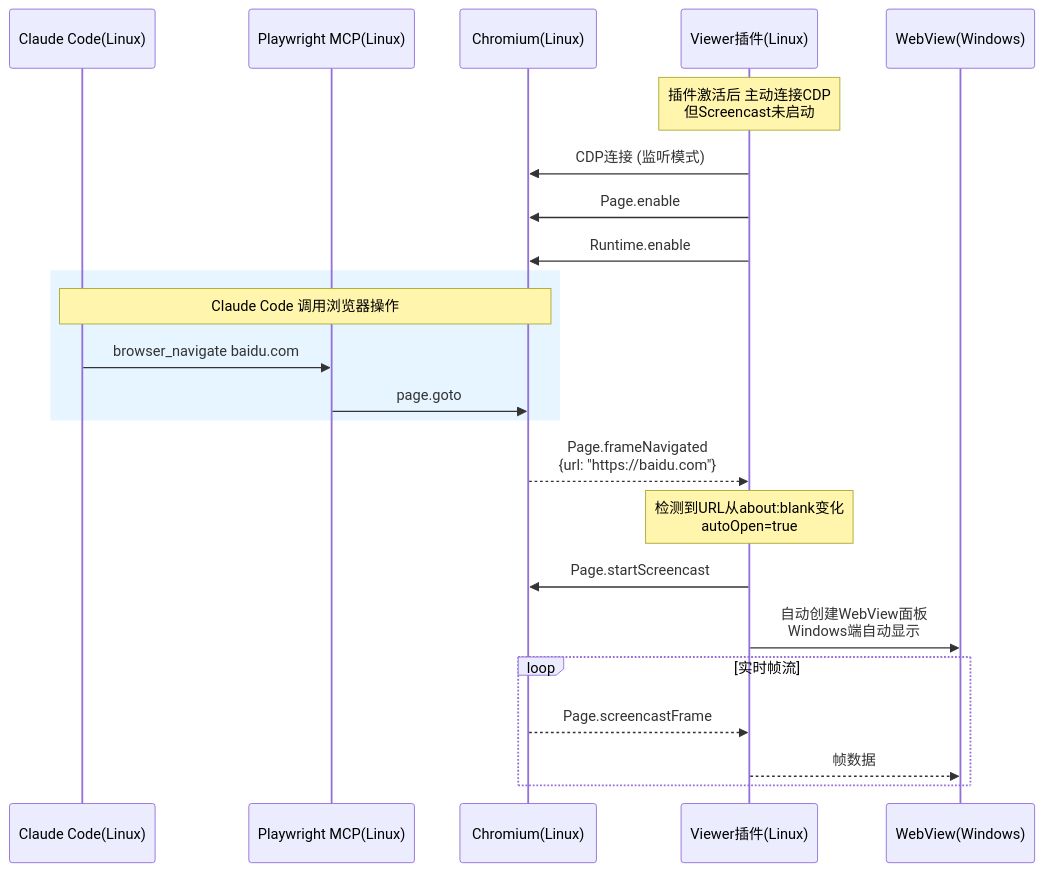
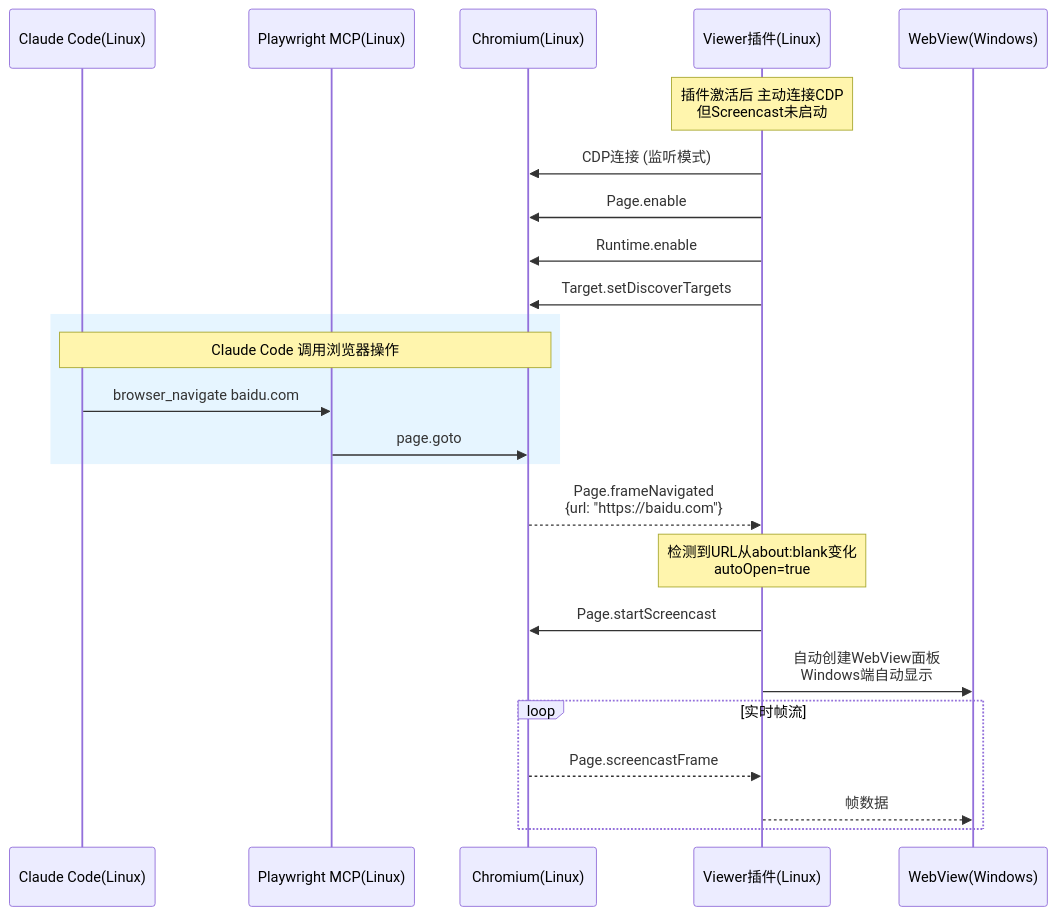
Before and after one commit to scutshuxue/ai-coding-research: diagram 11 of 21 in dev_notes/remote-browser-viewer-guide.md, drawn with Mermaid. The commit also changed other lines of this file, not shown here.

First line of the commit message:
Fix 10 architecture issues in remote browser viewer guide

````diff
--- a/dev_notes/remote-browser-viewer-guide.md
+++ b/dev_notes/remote-browser-viewer-guide.md
@@ -509,32 +518,33 @@
 ```mermaid
 sequenceDiagram
     participant CC as Claude Code(Linux)
     participant MCP as Playwright MCP(Linux)
     participant Chrome as Chromium(Linux)
     participant Viewer as Viewer插件(Linux)
     participant WV as WebView(Windows)
 
     Note over Viewer: 插件激活后 主动连接CDP<br/>但Screencast未启动
 
     Viewer->>Chrome: CDP连接 (监听模式)
     Viewer->>Chrome: Page.enable
     Viewer->>Chrome: Runtime.enable
+    Viewer->>Chrome: Target.setDiscoverTargets
 
     rect rgb(230, 245, 255)
         Note over CC,Chrome: Claude Code 调用浏览器操作
         CC->>MCP: browser_navigate baidu.com
         MCP->>Chrome: page.goto
     end
 
     Chrome-->>Viewer: Page.frameNavigated<br/>{url: "https://baidu.com"}
 
     Note over Viewer: 检测到URL从about:blank变化<br/>autoOpen=true
 
     Viewer->>Chrome: Page.startScreencast
     Viewer->>WV: 自动创建WebView面板<br/>Windows端自动显示
 
     loop 实时帧流
         Chrome-->>Viewer: Page.screencastFrame
         Viewer-->>WV: 帧数据
     end
 ```
````
